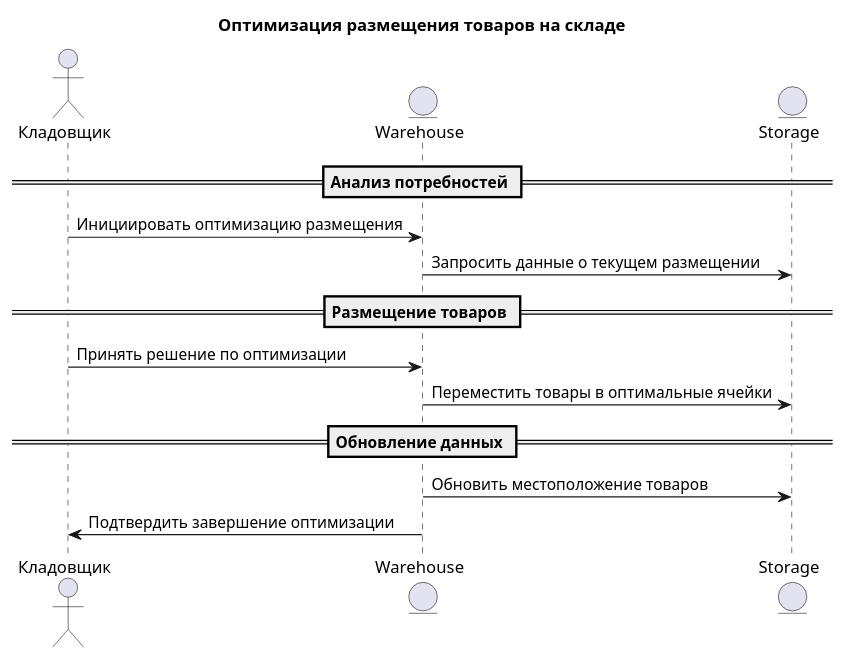
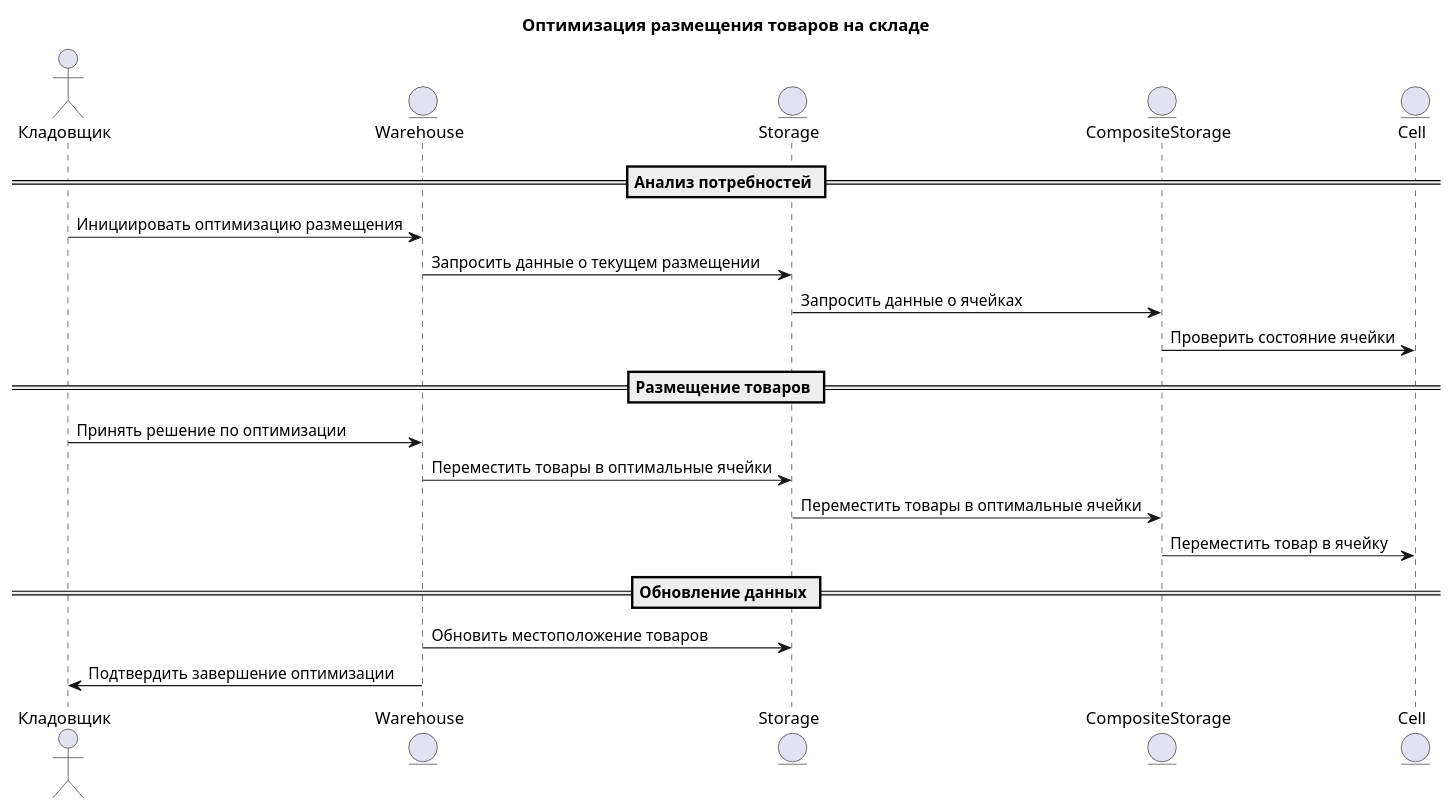
One commit to penamarth/bsbo-14-22_team5_var6 changed the diagram in Precedents/Оптимизация размещений/Диаграмма последовательности.md. Above: the diagram before and after it, drawn with PlantUML.

Commit message:
Add Cell and CompositeStorage to Optimization

````diff
--- a/Precedents/Оптимизация размещений/Диаграмма последовательности.md
+++ b/Precedents/Оптимизация размещений/Диаграмма последовательности.md
@@ -1,22 +1,28 @@
 ```plantuml
 @startuml
 actor "Кладовщик" as warehouseManager
 entity "Warehouse" as warehouse
 entity "Storage" as storage
+entity "CompositeStorage" as compositeStorage
+entity "Cell" as cell
 
 title Оптимизация размещения товаров на складе
 
 == Анализ потребностей ==
 warehouseManager -> warehouse: Инициировать оптимизацию размещения
 warehouse -> storage: Запросить данные о текущем размещении
+storage -> compositeStorage: Запросить данные о ячейках
+compositeStorage -> cell: Проверить состояние ячейки
 
 == Размещение товаров ==
 warehouseManager -> warehouse: Принять решение по оптимизации
 warehouse -> storage: Переместить товары в оптимальные ячейки
+storage -> compositeStorage: Переместить товары в оптимальные ячейки
+compositeStorage -> cell: Переместить товар в ячейку
 
 == Обновление данных ==
 warehouse -> storage: Обновить местоположение товаров
 warehouse -> warehouseManager: Подтвердить завершение оптимизации
 
 @enduml
 ```
````
